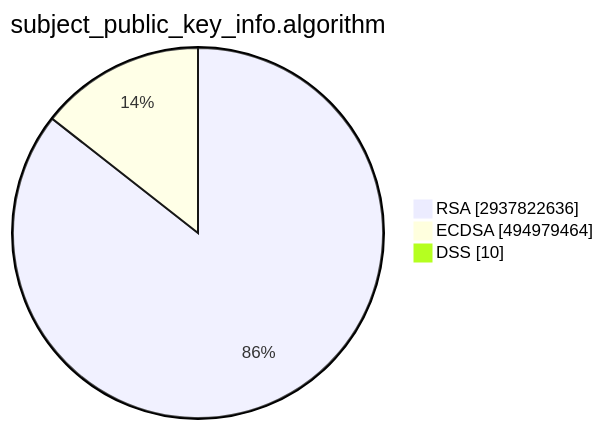
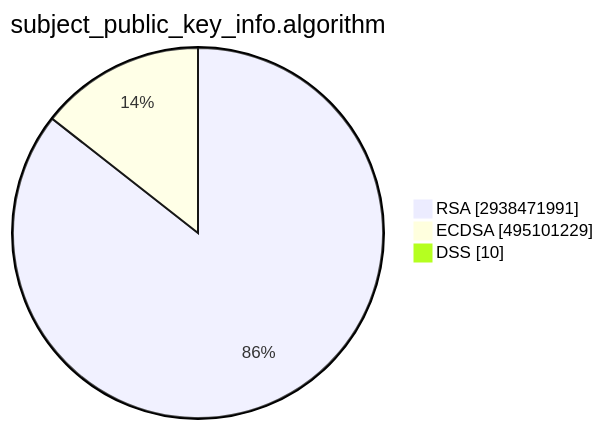
The second of 15 diagrams in TOTAL/README.md (christiankrug/ctmonitor_visualization), drawn with Mermaid before and after one commit. The commit also changed other lines of this file, not shown here.

````diff
--- a/TOTAL/README.md
+++ b/TOTAL/README.md
@@ -6,7 +6,7 @@
 ```mermaid
 pie showData
 title subject_public_key_info.algorithm
-"RSA" :2937822636
-"ECDSA" :494979464
+"RSA" :2938471991
+"ECDSA" :495101229
 "DSS" :10
 ```
````
